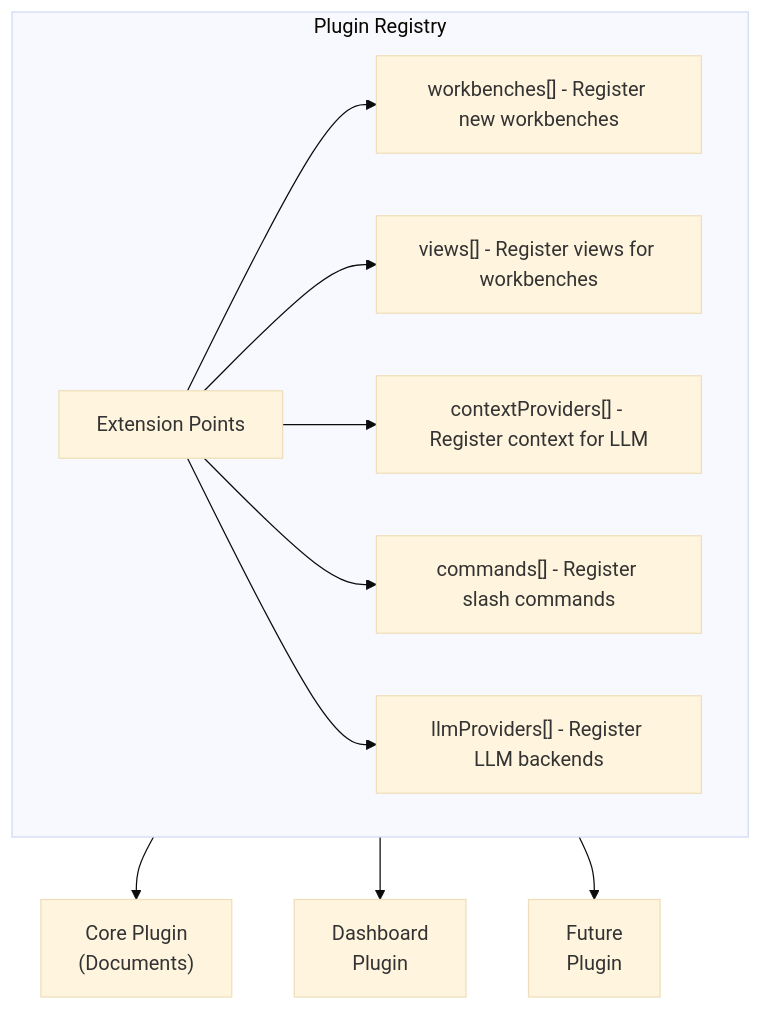
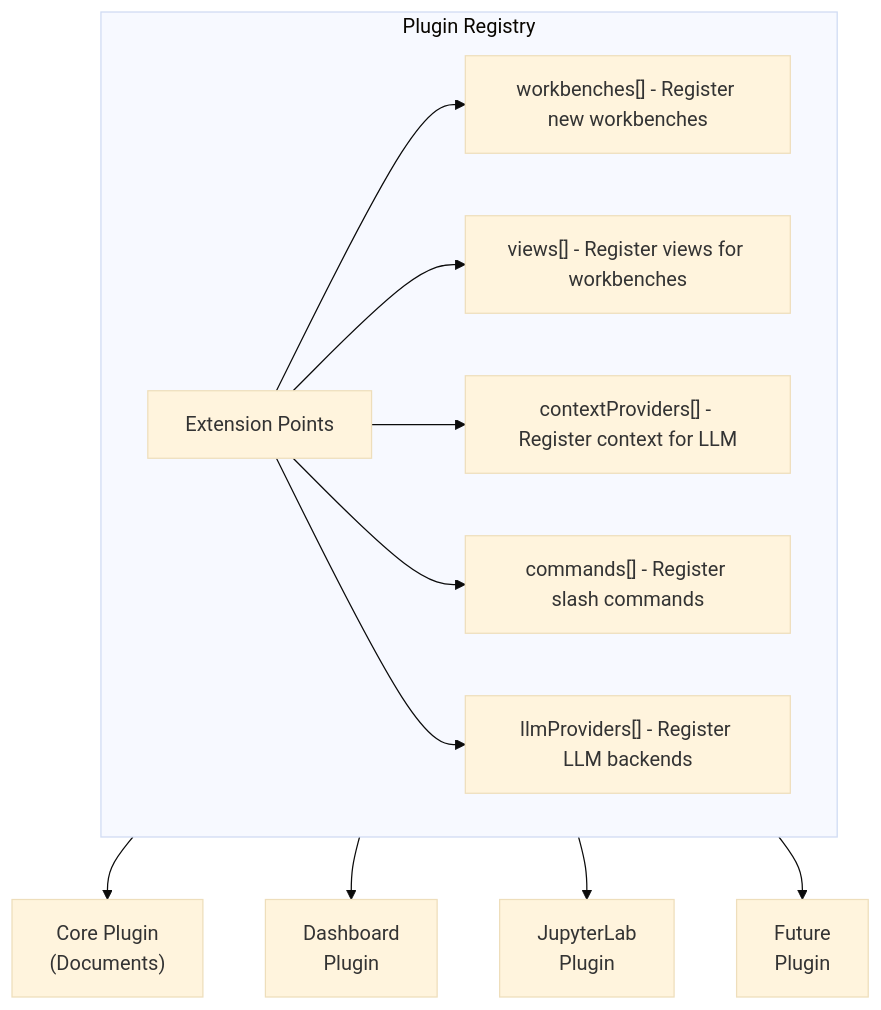
One commit to laserpointlabs/insightLM-LT changed the third of 18 diagrams in insightlm_spec.md. Above: the diagram before and after it, drawn with Mermaid (base theme). The commit also changed other lines of this file and 4 other files, not shown here.

````diff
--- a/insightlm_spec.md
+++ b/insightlm_spec.md
@@ -118,21 +365,22 @@
 ```mermaid
 graph TB
     subgraph Registry["Plugin Registry"]
         EP["Extension Points"]
         WB["workbenches[] - Register new workbenches"]
         VW["views[] - Register views for workbenches"]
         CTX["contextProviders[] - Register context for LLM"]
         CMD["commands[] - Register slash commands"]
         LLM["llmProviders[] - Register LLM backends"]
 
         EP --> WB
         EP --> VW
         EP --> CTX
         EP --> CMD
         EP --> LLM
     end
 
     Registry --> CorePlugin["Core Plugin<br/>(Documents)"]
     Registry --> DashPlugin["Dashboard<br/>Plugin"]
+    Registry --> JupyterPlugin["JupyterLab<br/>Plugin"]
     Registry --> FuturePlugin["Future<br/>Plugin"]
 ```
````
